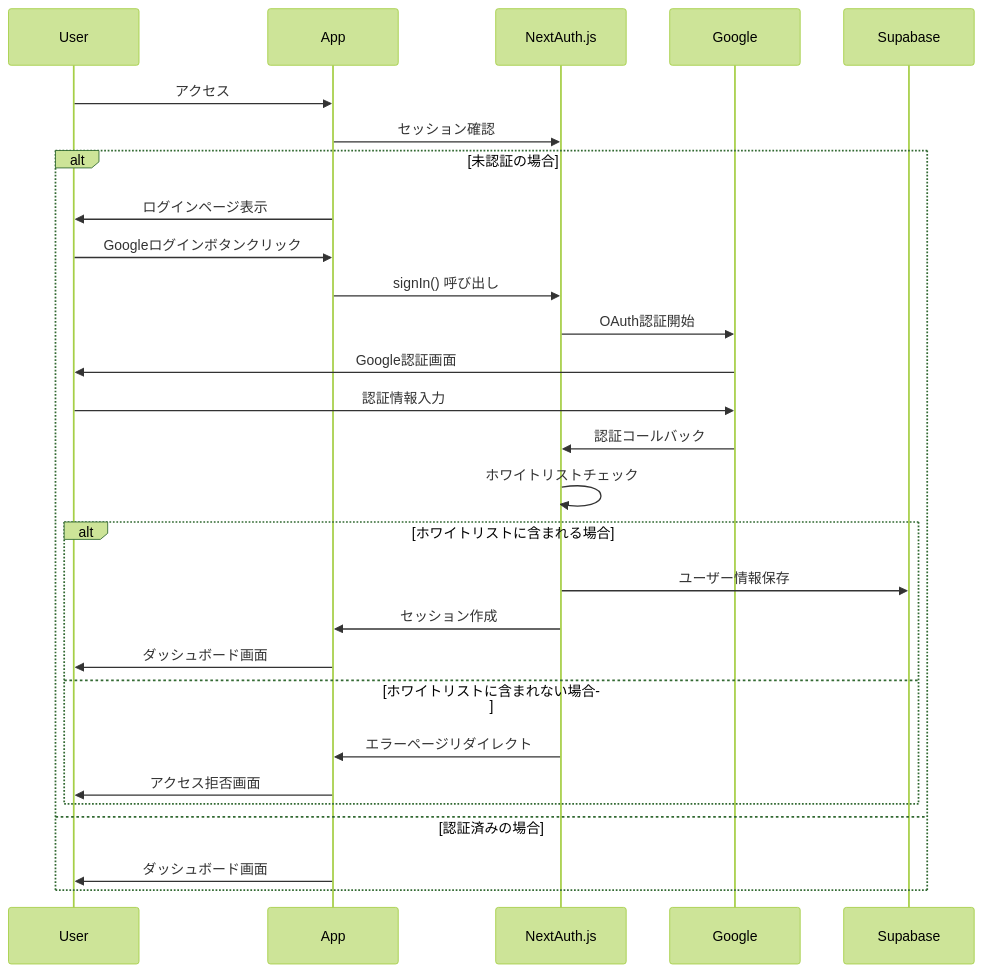
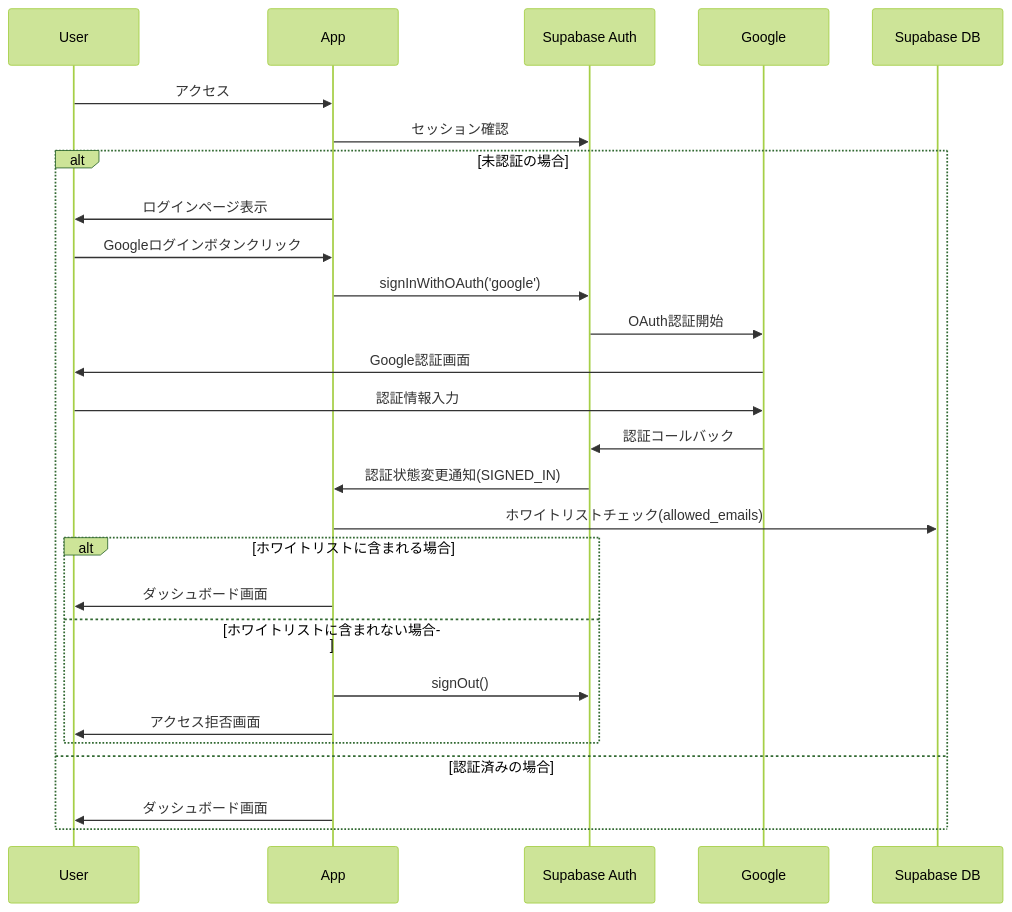
One commit to nukko-wq/encore changed the diagram in idea/authentication-access-control.md. Above: the diagram before and after it, drawn with Mermaid (forest theme). The commit also changed other lines of this file and 3 other files, not shown here.

````diff
--- a/idea/authentication-access-control.md
+++ b/idea/authentication-access-control.md
@@ -100,31 +153,30 @@
 ```mermaid
 sequenceDiagram
     participant U as User
     participant A as App
-    participant N as NextAuth.js
+    participant SA as Supabase Auth
     participant G as Google
-    participant S as Supabase
+    participant DB as Supabase DB
 
     U->>A: アクセス
-    A->>N: セッション確認
+    A->>SA: セッション確認
     alt 未認証の場合
         A->>U: ログインページ表示
         U->>A: Googleログインボタンクリック
-        A->>N: signIn() 呼び出し
-        N->>G: OAuth認証開始
+        A->>SA: signInWithOAuth('google')
+        SA->>G: OAuth認証開始
         G->>U: Google認証画面
         U->>G: 認証情報入力
-        G->>N: 認証コールバック
-        N->>N: ホワイトリストチェック
+        G->>SA: 認証コールバック
+        SA->>A: 認証状態変更通知(SIGNED_IN)
+        A->>DB: ホワイトリストチェック(allowed_emails)
         alt ホワイトリストに含まれる場合
-            N->>S: ユーザー情報保存
-            N->>A: セッション作成
             A->>U: ダッシュボード画面
         else ホワイトリストに含まれない場合
-            N->>A: エラーページリダイレクト
+            A->>SA: signOut()
             A->>U: アクセス拒否画面
         end
     else 認証済みの場合
         A->>U: ダッシュボード画面
     end
 ```
````
